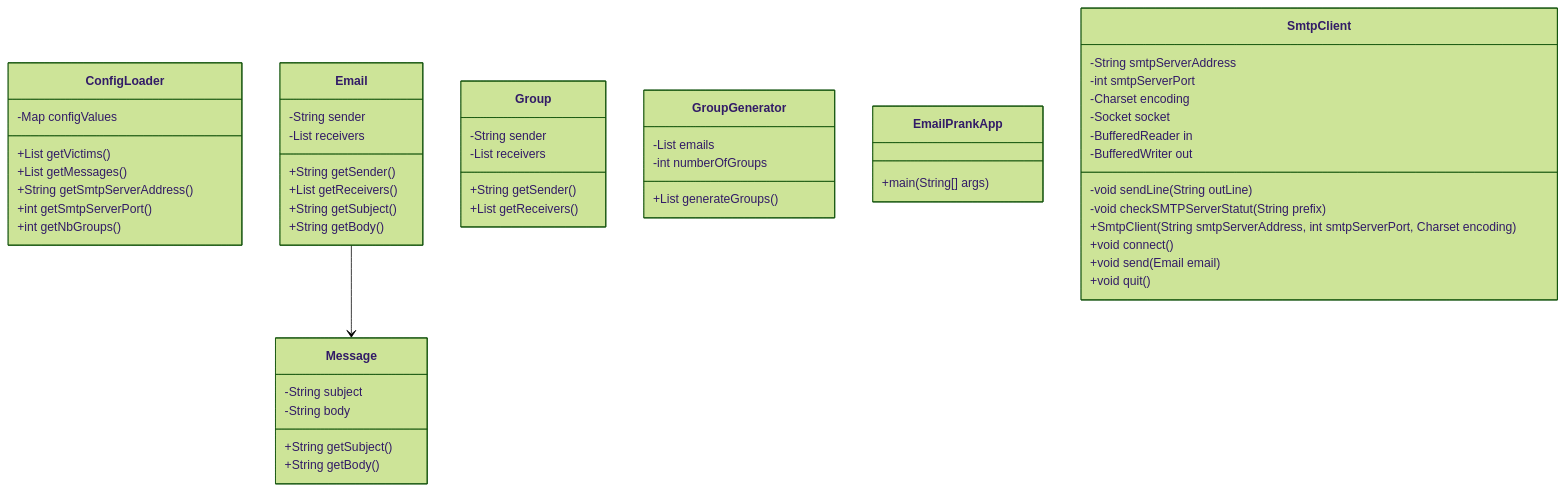
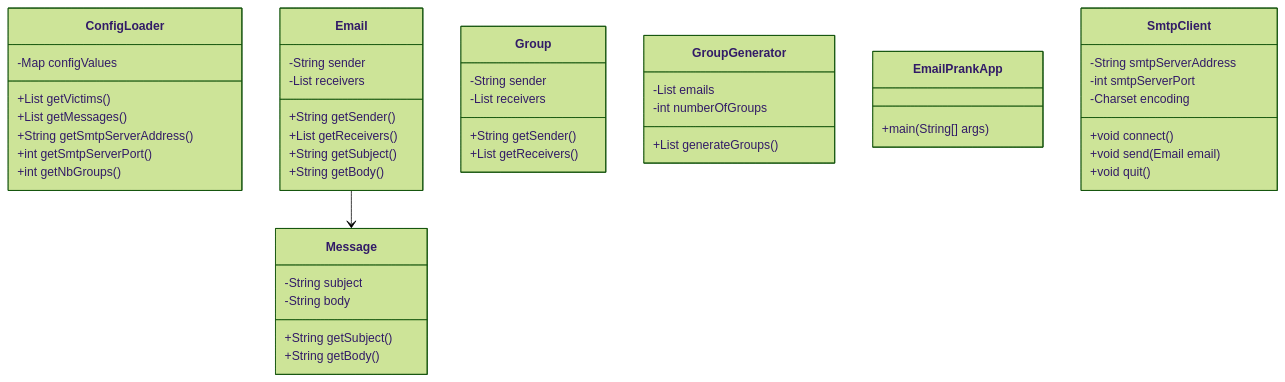
The first of 2 diagrams in README.md (Anthony-Christen/dai-lab-smtp), drawn with Mermaid (forest theme) before and after one commit.

````diff
--- a/README.md
+++ b/README.md
@@ -100,61 +100,55 @@
 ```mermaid
 classDiagram
     class ConfigLoader {
         -Map<String, String> configValues
         +List<String> getVictims()
         +List<Message> getMessages()
         +String getSmtpServerAddress()
         +int getSmtpServerPort()
         +int getNbGroups()
     }
     
     class Email {
         -String sender
         -List<String> receivers
         +String getSender()
         +List<String> getReceivers()
         +String getSubject()
         +String getBody()
     }
     
     class Group {
         -String sender
         -List<String> receivers
         +String getSender()
         +List<String> getReceivers()
     }
     
     class GroupGenerator {
         -List<String> emails
         -int numberOfGroups
         +List<Group> generateGroups()
     }
     
     class Message {
         -String subject
         -String body
         +String getSubject()
         +String getBody()
     }
     
     class EmailPrankApp {
         +main(String[] args)
     }
     
     class SmtpClient {
         -String smtpServerAddress
         -int smtpServerPort
         -Charset encoding
-        -Socket socket
-        -BufferedReader in
-        -BufferedWriter out
-        -void sendLine(String outLine)
-        -void checkSMTPServerStatut(String prefix)
-        +SmtpClient(String smtpServerAddress, int smtpServerPort, Charset encoding)
         +void connect() 
         +void send(Email email) 
         +void quit()
     }
     
     Email --> Message
 ```
````
